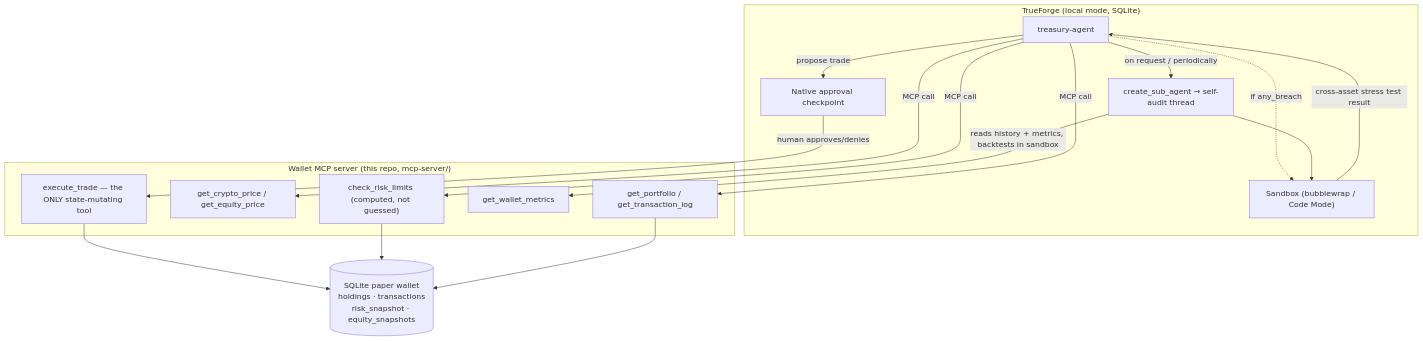
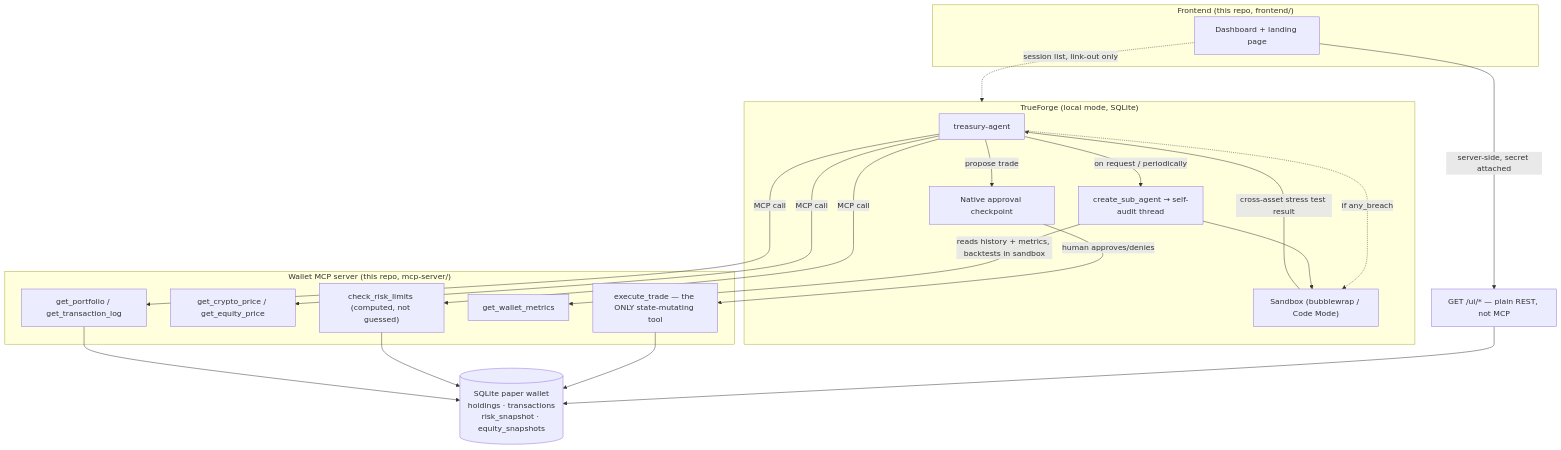
Before and after one commit to codedpool/treasuryforge: the diagram in README.md, drawn with Mermaid. The commit also changed other lines of this file and 67 other files, not shown here.

First line of the commit message:
Phase 4: frontend dashboard and landing page (#8)

````diff
--- a/README.md
+++ b/README.md
@@ -64,33 +64,42 @@
 ```mermaid
 flowchart TB
     subgraph TF["TrueForge (local mode, SQLite)"]
         Agent["treasury-agent"]
         Gate["Native approval checkpoint"]
         Sandbox["Sandbox (bubblewrap / Code Mode)"]
         SubAgent["create_sub_agent → self-audit thread"]
     end
 
     subgraph MCP["Wallet MCP server (this repo, mcp-server/)"]
         Portfolio["get_portfolio / get_transaction_log"]
         Prices["get_crypto_price / get_equity_price"]
         Risk["check_risk_limits (computed, not guessed)"]
         Metrics["get_wallet_metrics"]
         Trade["execute_trade — the ONLY state-mutating tool"]
     end
 
     DB[("SQLite paper wallet\nholdings · transactions\nrisk_snapshot · equity_snapshots")]
 
+    subgraph FE["Frontend (this repo, frontend/)"]
+        Dashboard["Dashboard + landing page"]
+    end
+    REST["GET /ui/* — plain REST, not MCP"]
+
+    Dashboard -->|server-side, secret attached| REST
+    REST --> DB
+    Dashboard -.->|session list, link-out only| TF
+
     Agent -->|MCP call| Portfolio
     Agent -->|MCP call| Prices
     Agent -->|MCP call| Risk
     Agent -.->|if any_breach| Sandbox
     Sandbox -->|cross-asset stress test result| Agent
     Agent -->|propose trade| Gate
     Gate -->|human approves/denies| Trade
     Trade --> DB
     Risk --> DB
     Portfolio --> DB
     Agent -->|on request / periodically| SubAgent
     SubAgent -->|reads history + metrics, backtests in sandbox| Metrics
     SubAgent --> Sandbox
 ```
````
